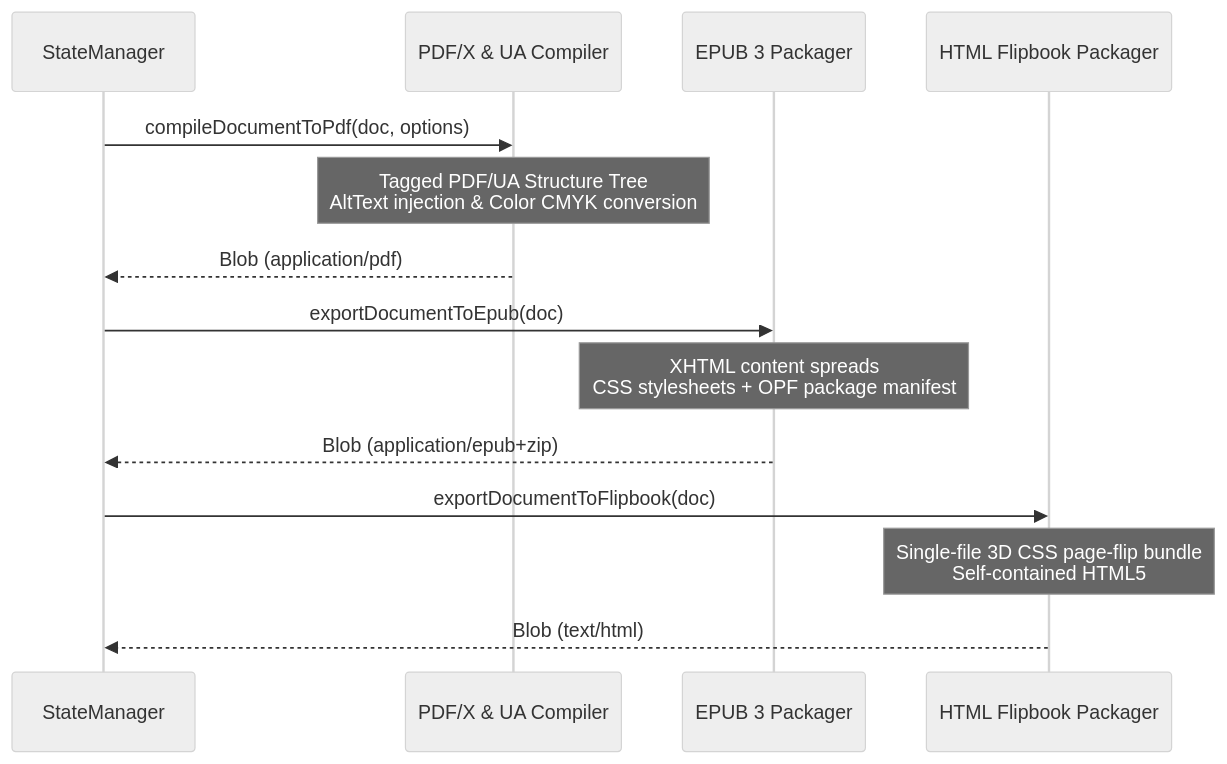
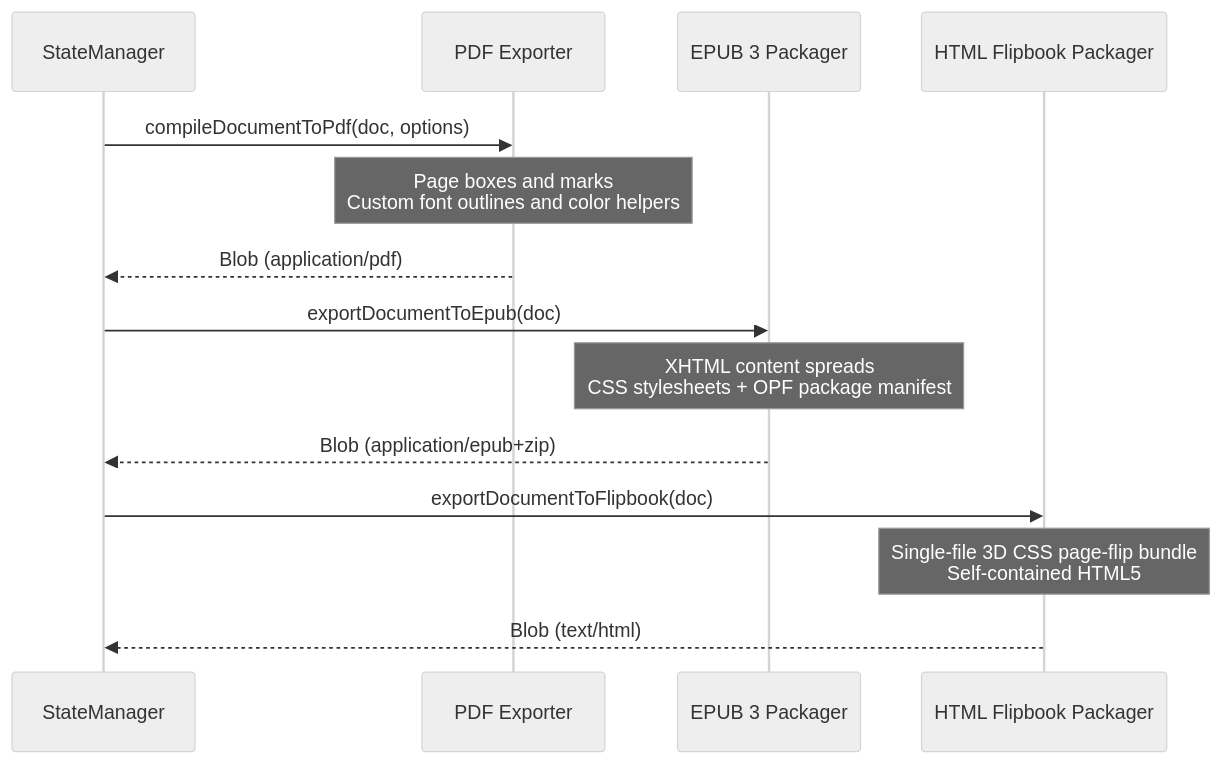
The second of 2 diagrams in ARCHITECTURE.md (artificia1/recto-studio), drawn with Mermaid (neutral theme) before and after one commit. The commit also changed other lines of this file and 80 other files, not shown here.

````diff
--- a/ARCHITECTURE.md
+++ b/ARCHITECTURE.md
@@ -127,19 +131,19 @@
 ```mermaid
 sequenceDiagram
     participant State as StateManager
-    participant PDF as PDF/X & UA Compiler
+    participant PDF as PDF Exporter
     participant EPUB as EPUB 3 Packager
     participant Flip as HTML Flipbook Packager
 
     State->>PDF: compileDocumentToPdf(doc, options)
-    Note over PDF: Tagged PDF/UA Structure Tree<br/>AltText injection & Color CMYK conversion
+    Note over PDF: Page boxes and marks<br/>Custom font outlines and color helpers
     PDF-->>State: Blob (application/pdf)
 
     State->>EPUB: exportDocumentToEpub(doc)
     Note over EPUB: XHTML content spreads<br/>CSS stylesheets + OPF package manifest
     EPUB-->>State: Blob (application/epub+zip)
 
     State->>Flip: exportDocumentToFlipbook(doc)
     Note over Flip: Single-file 3D CSS page-flip bundle<br/>Self-contained HTML5
     Flip-->>State: Blob (text/html)
 ```
````
